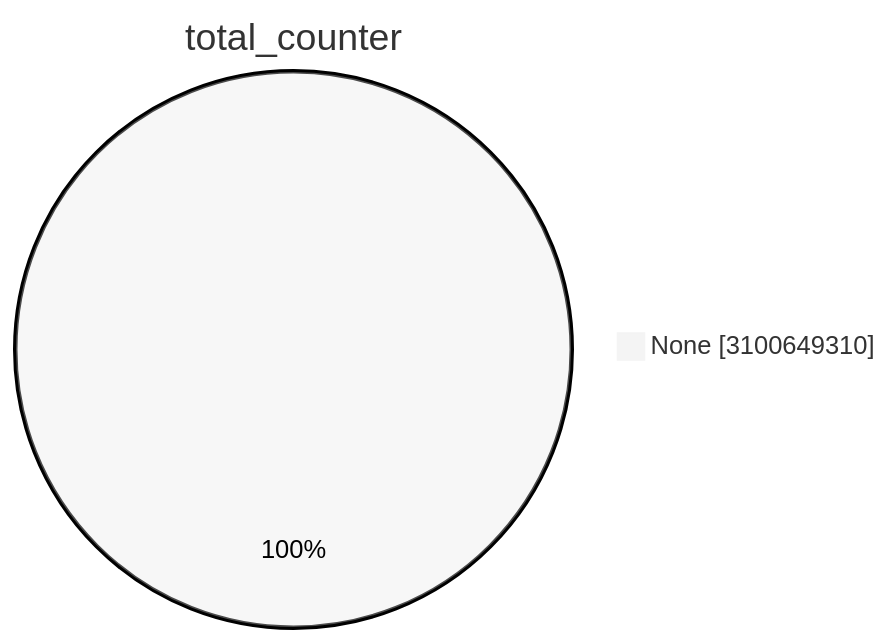
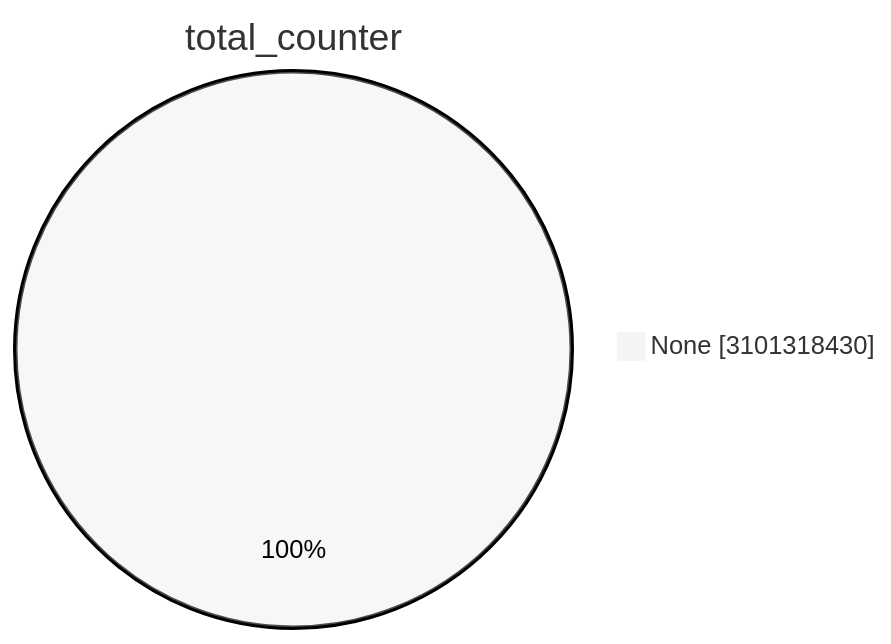
The first of 15 diagrams in TOTAL/README.md (christiankrug/ctmonitor_visualization), drawn with Mermaid (neutral theme) before and after one commit. The commit also changed other lines of this file, not shown here.

````diff
--- a/TOTAL/README.md
+++ b/TOTAL/README.md
@@ -1,5 +1,5 @@
 ```mermaid
 pie showData
 title total_counter
-"None" :3100649310
+"None" :3101318430
 ```
````
